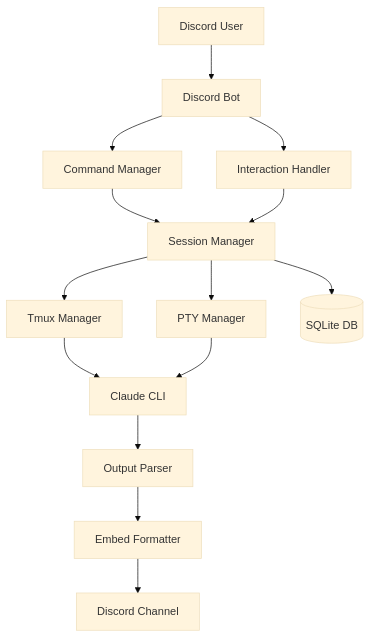
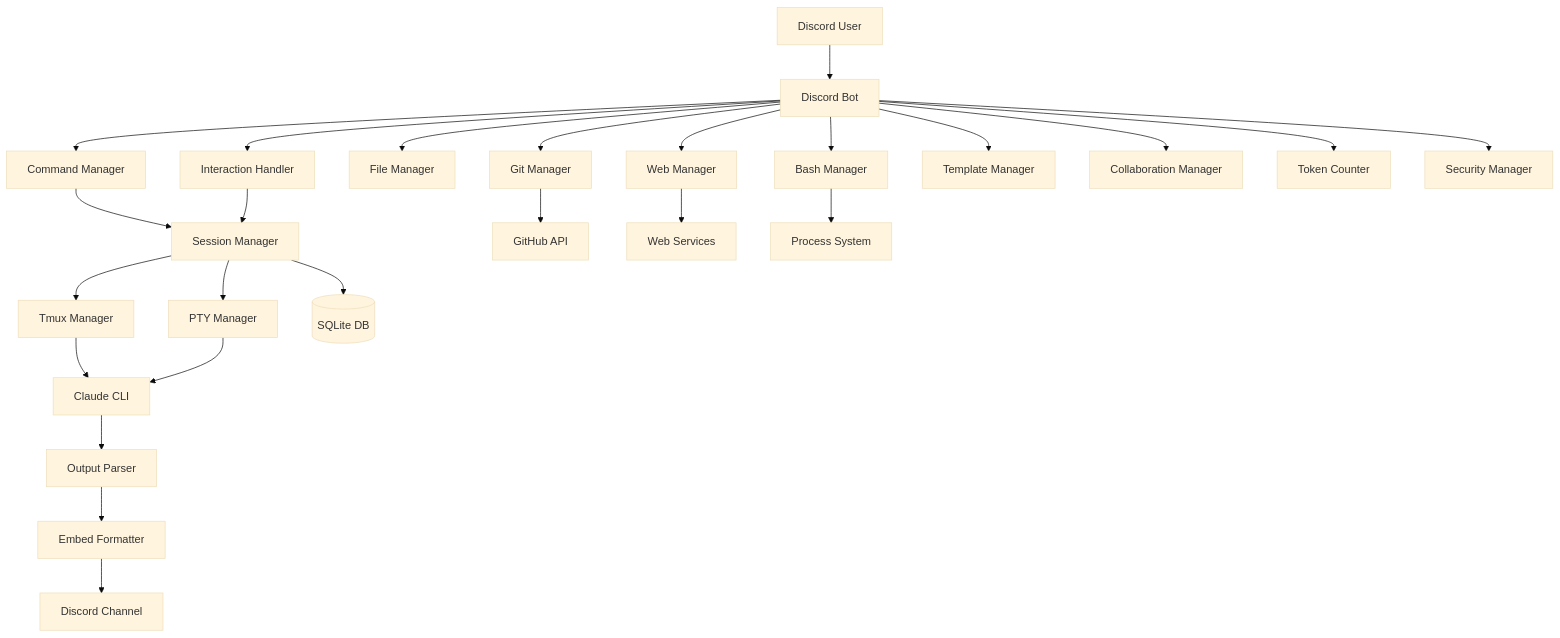
One commit to thcapp/claude-discord-bridge changed the diagram in README.md. Above: the diagram before and after it, drawn with Mermaid (base theme). The commit also changed other lines of this file and 44 other files, not shown here.

````diff
--- a/README.md
+++ b/README.md
@@ -294,20 +420,34 @@
 ```mermaid
 graph TD
     User[Discord User] --> Bot[Discord Bot]
     Bot --> CM[Command Manager]
     Bot --> IH[Interaction Handler]
     
     CM --> SM[Session Manager]
     IH --> SM
     
     SM --> TM[Tmux Manager]
     SM --> PM[PTY Manager]
     SM --> DB[(SQLite DB)]
     
     TM --> CLI[Claude CLI]
     PM --> CLI
     
     CLI --> OP[Output Parser]
     OP --> EF[Embed Formatter]
     EF --> Discord[Discord Channel]
+    
+    Bot --> FM[File Manager]
+    Bot --> GM[Git Manager]
+    Bot --> WM[Web Manager]
+    Bot --> BM[Bash Manager]
+    
+    GM --> GH[GitHub API]
+    WM --> WS[Web Services]
+    BM --> PS[Process System]
+    
+    Bot --> TEM[Template Manager]
+    Bot --> COL[Collaboration Manager]
+    Bot --> TOK[Token Counter]
+    Bot --> SEC[Security Manager]
 ```
````
